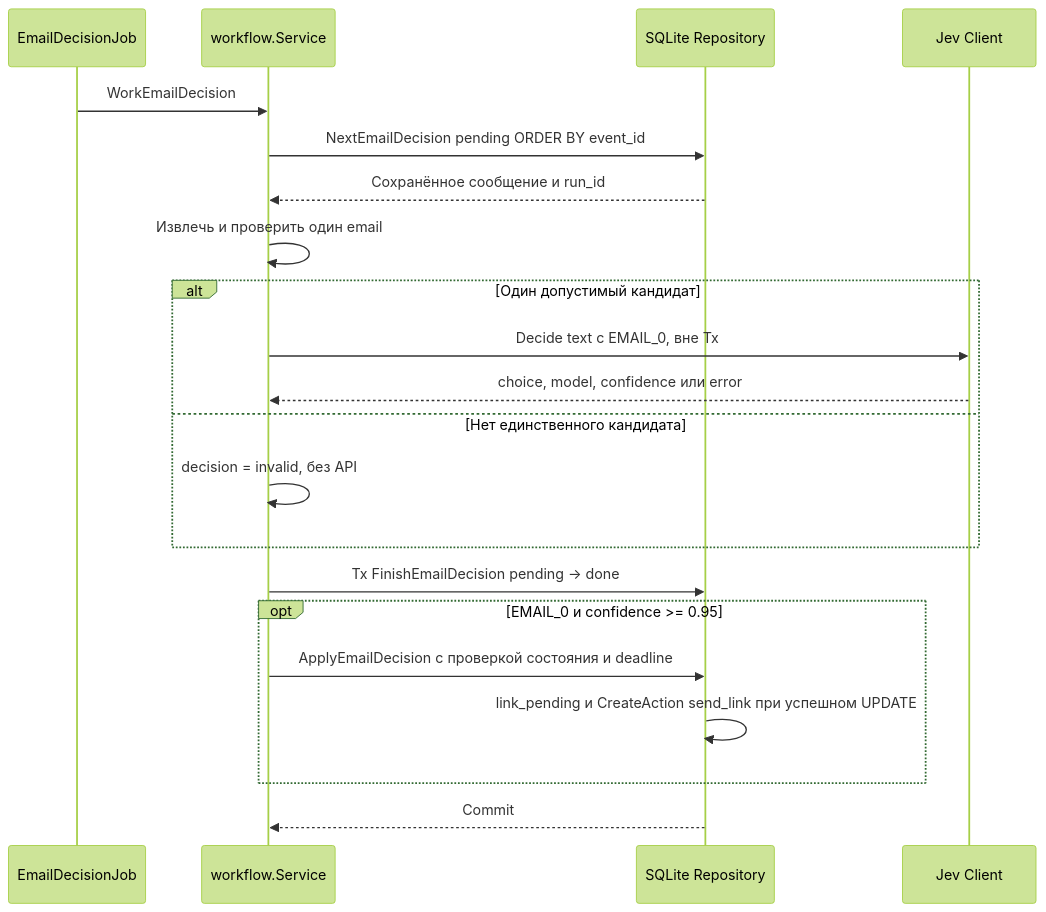
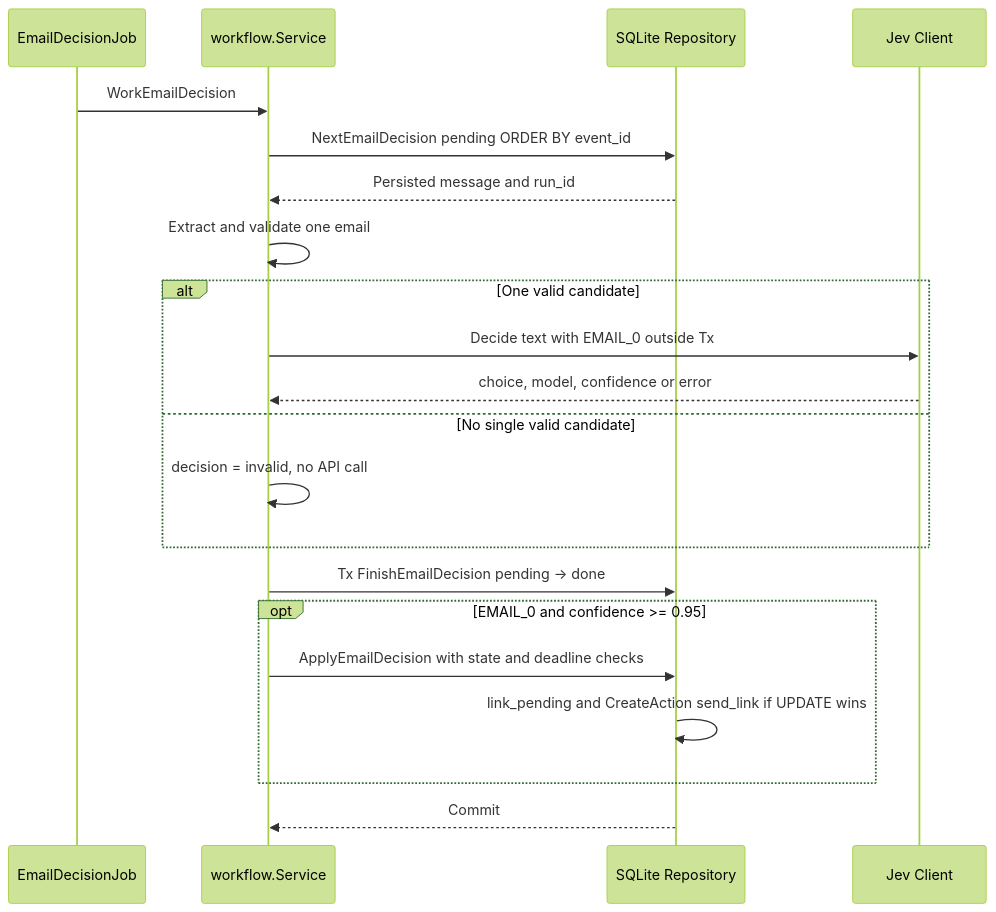
One commit to doxanocap/blotato changed the third of 4 diagrams in docs/tasks/2026-1028-plan-start.md. Above: the diagram before and after it, drawn with Mermaid (forest theme). The commit also changed other lines of this file and 12 other files, not shown here.

````diff
--- a/docs/tasks/2026-1028-plan-start.md
+++ b/docs/tasks/2026-1028-plan-start.md
@@ -228,23 +168,23 @@
 ```mermaid
 sequenceDiagram
     participant E as EmailDecisionJob
     participant S as workflow.Service
     participant D as SQLite Repository
     participant J as Jev Client
     E->>S: WorkEmailDecision
     S->>D: NextEmailDecision pending ORDER BY event_id
-    D-->>S: Сохранённое сообщение и run_id
-    S->>S: Извлечь и проверить один email
-    alt Один допустимый кандидат
-        S->>J: Decide text с EMAIL_0, вне Tx
-        J-->>S: choice, model, confidence или error
-    else Нет единственного кандидата
-        S->>S: decision = invalid, без API
+    D-->>S: Persisted message and run_id
+    S->>S: Extract and validate one email
+    alt One valid candidate
+        S->>J: Decide text with EMAIL_0 outside Tx
+        J-->>S: choice, model, confidence or error
+    else No single valid candidate
+        S->>S: decision = invalid, no API call
     end
     S->>D: Tx FinishEmailDecision pending → done
-    opt EMAIL_0 и confidence >= 0.95
-        S->>D: ApplyEmailDecision с проверкой состояния и deadline
-        D->>D: link_pending и CreateAction send_link при успешном UPDATE
+    opt EMAIL_0 and confidence >= 0.95
+        S->>D: ApplyEmailDecision with state and deadline checks
+        D->>D: link_pending and CreateAction send_link if UPDATE wins
     end
     D-->>S: Commit
 ```
````
